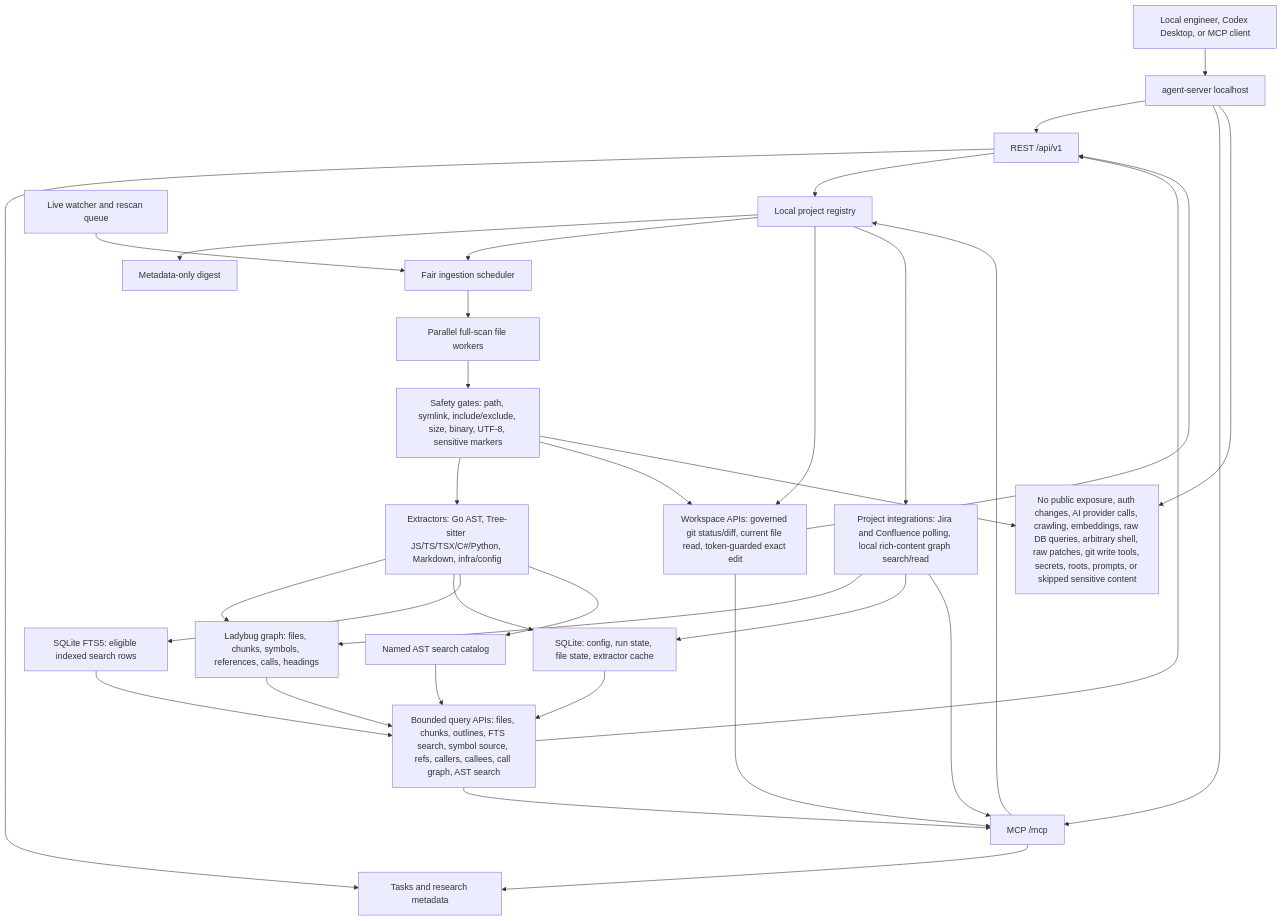
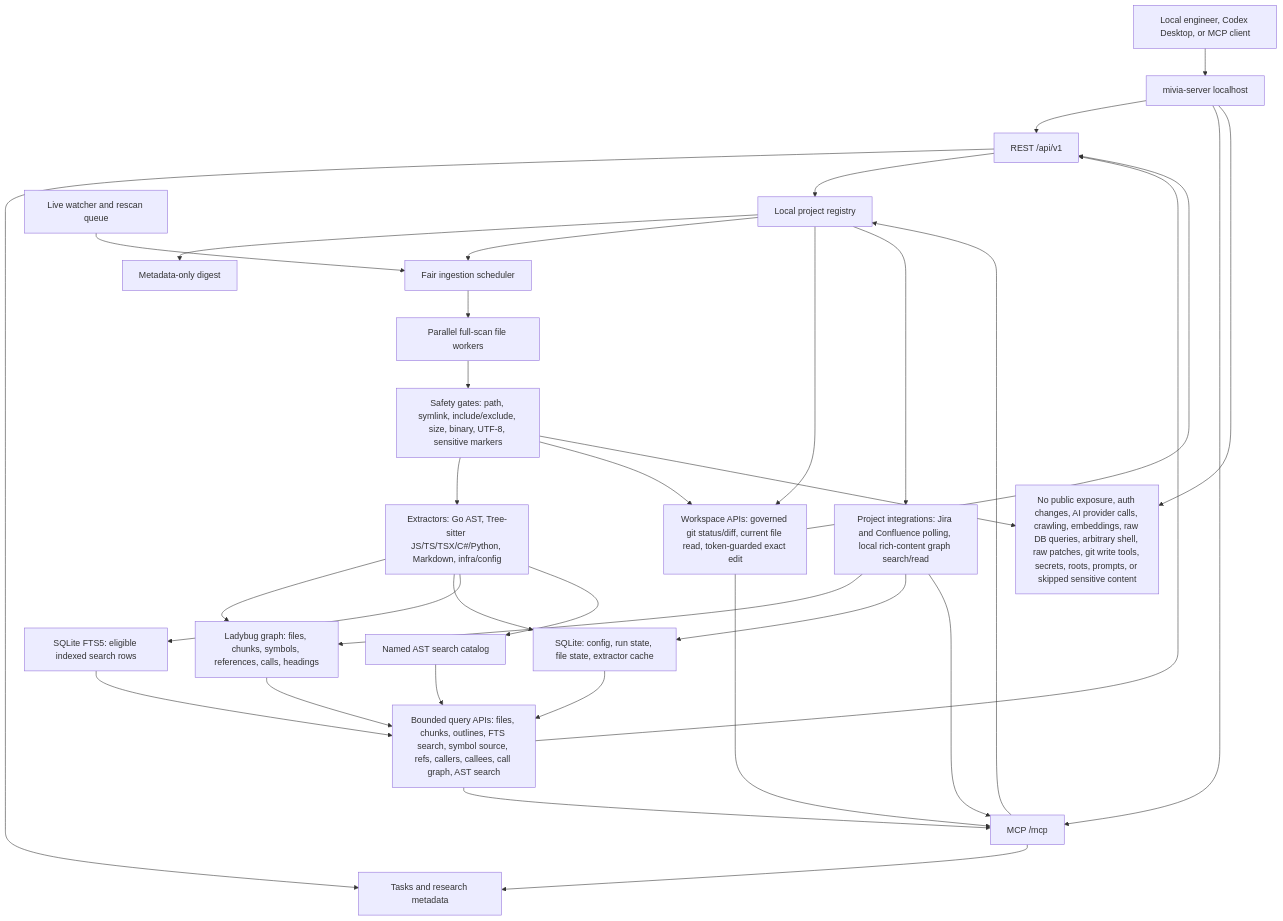
The first of 4 diagrams in README.md (MiviaLabs/go-mivia), drawn with Mermaid before and after one commit. The commit also changed other lines of this file and 33 other files, not shown here.

````diff
--- a/README.md
+++ b/README.md
@@ -15,57 +15,57 @@
 ```mermaid
 flowchart TB
   Client["Local engineer, Codex Desktop, or MCP client"]
-  Server["agent-server localhost"]
+  Server["mivia-server localhost"]
   REST["REST /api/v1"]
   MCP["MCP /mcp"]
   Tasks["Tasks and research metadata"]
   Registry["Local project registry"]
   Digest["Metadata-only digest"]
   Scheduler["Fair ingestion scheduler"]
   Live["Live watcher and rescan queue"]
   Workers["Parallel full-scan file workers"]
   Safety["Safety gates: path, symlink, include/exclude, size, binary, UTF-8, sensitive markers"]
   Extractors["Extractors: Go AST, Tree-sitter JS/TS/TSX/C#/Python, Markdown, infra/config"]
   Graph["Ladybug graph: files, chunks, symbols, references, calls, headings"]
   SQLite["SQLite: config, run state, file state, extractor cache"]
   FTS["SQLite FTS5: eligible indexed search rows"]
   AST["Named AST search catalog"]
   Queries["Bounded query APIs: files, chunks, outlines, FTS search, symbol source, refs, callers, callees, call graph, AST search"]
   Workspace["Workspace APIs: governed git status/diff, current file read, token-guarded exact edit"]
   Integrations["Project integrations: Jira and Confluence polling, local rich-content graph search/read"]
   Boundaries["No public exposure, auth changes, AI provider calls, crawling, embeddings, raw DB queries, arbitrary shell, raw patches, git write tools, secrets, roots, prompts, or skipped sensitive content"]
 
   Client --> Server
   Server --> REST
   Server --> MCP
   REST --> Tasks
   MCP --> Tasks
   REST --> Registry
   MCP --> Registry
   Registry --> Digest
   Registry --> Scheduler
   Live --> Scheduler
   Scheduler --> Workers
   Workers --> Safety
   Safety --> Extractors
   Extractors --> Graph
   Extractors --> SQLite
   Extractors --> FTS
   Extractors --> AST
   Graph --> Queries
   SQLite --> Queries
   FTS --> Queries
   AST --> Queries
   Registry --> Workspace
   Safety --> Workspace
   Queries --> REST
   Queries --> MCP
   Workspace --> REST
   Workspace --> MCP
   Registry --> Integrations
   Integrations --> Graph
   Integrations --> SQLite
   Integrations --> MCP
   Server --> Boundaries
   Safety --> Boundaries
 ```
````
